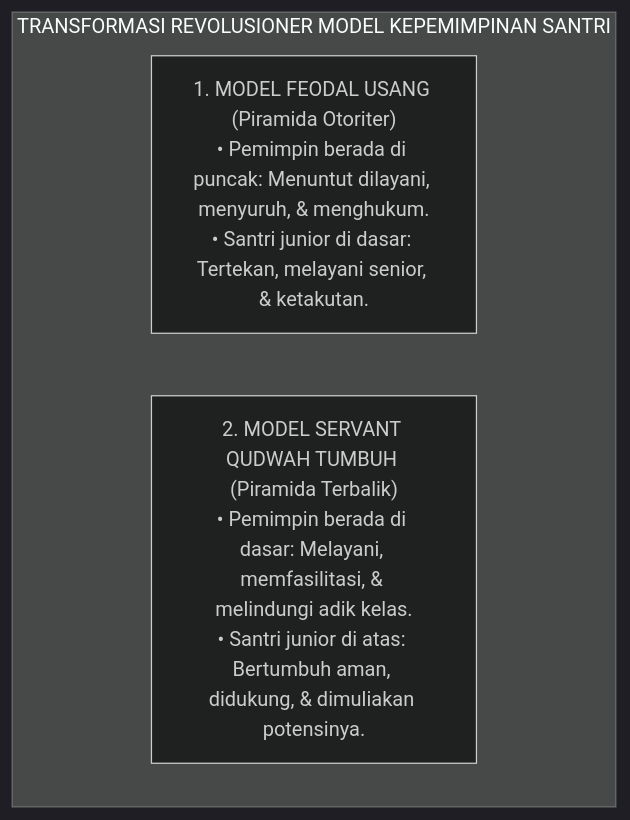
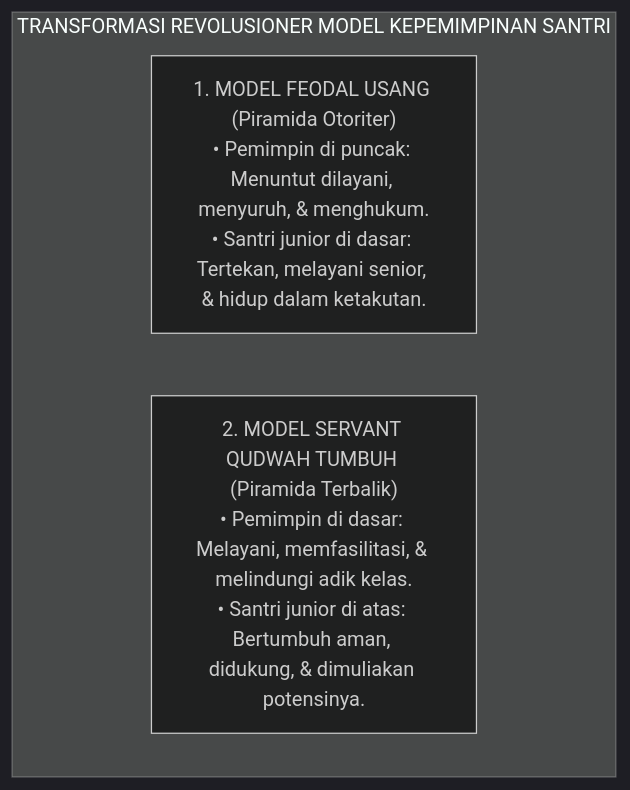
Before and after one commit to wandiapriliyandi/tumbuh: the first of 4 diagrams in BOOK-SERIES/Volume-01/Bab-04-Kritik-Feodalisme-dan-Distorsi-Tawadhu/04-Model-Servant-Qudwah-Leadership.md, drawn with Mermaid (dark theme). The commit also changed other lines of this file and 24 other files, not shown here.

Commit message:
feat(book-01): perkaya dan perdalam seluruh isi subbab bab 02 s.d. 07 dengan elaborasi komprehensif, analisis mendalam, dan diagram alur lengkap

````diff
--- a/BOOK-SERIES/Volume-01/Bab-04-Kritik-Feodalisme-dan-Distorsi-Tawadhu/04-Model-Servant-Qudwah-Leadership.md
+++ b/BOOK-SERIES/Volume-01/Bab-04-Kritik-Feodalisme-dan-Distorsi-Tawadhu/04-Model-Servant-Qudwah-Leadership.md
@@ -21,8 +23,8 @@
 ```mermaid
 graph TD
     subgraph PiramidaKepemimpinan["TRANSFORMASI REVOLUSIONER MODEL KEPEMIMPINAN SANTRI"]
-        Feodal["1. MODEL FEODAL USANG (Piramida Otoriter)<br/>• Pemimpin berada di puncak: Menuntut dilayani, menyuruh, & menghukum.<br/>• Santri junior di dasar: Tertekan, melayani senior, & ketakutan."]
+        Feodal["1. MODEL FEODAL USANG (Piramida Otoriter)<br/>• Pemimpin di puncak: Menuntut dilayani, menyuruh, & menghukum.<br/>• Santri junior di dasar: Tertekan, melayani senior, & hidup dalam ketakutan."]
         
-        TUMBUH["2. MODEL SERVANT QUDWAH TUMBUH (Piramida Terbalik)<br/>• Pemimpin berada di dasar: Melayani, memfasilitasi, & melindungi adik kelas.<br/>• Santri junior di atas: Bertumbuh aman, didukung, & dimuliakan potensinya."]
+        TUMBUH["2. MODEL SERVANT QUDWAH TUMBUH (Piramida Terbalik)<br/>• Pemimpin di dasar: Melayani, memfasilitasi, & melindungi adik kelas.<br/>• Santri junior di atas: Bertumbuh aman, didukung, & dimuliakan potensinya."]
     end
 ```
````
